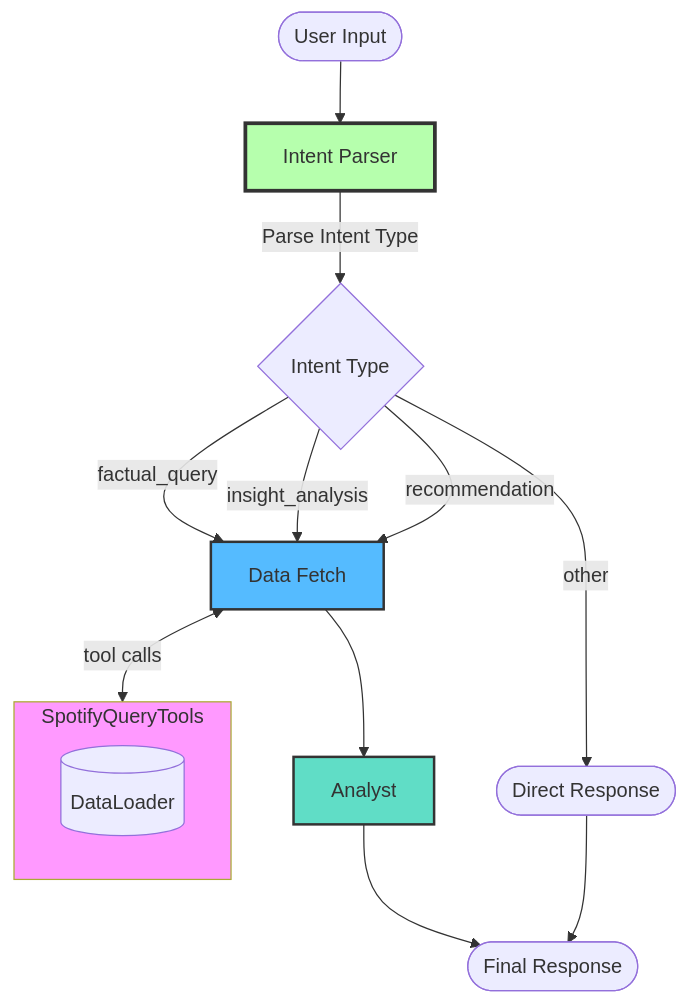
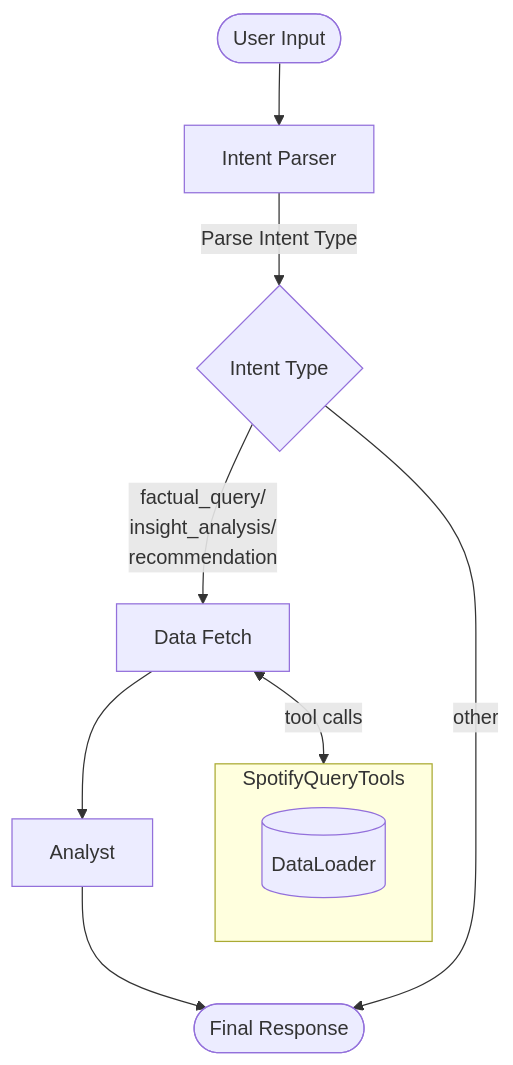
Before and after one commit to wcnoname5/spotify-ai-analytics: the second of 2 diagrams in README.md, drawn with Mermaid. The commit also changed other lines of this file and 7 other files, not shown here.

````diff
--- a/README.md
+++ b/README.md
@@ -73,22 +70,15 @@
 ```mermaid
 graph TD
     subgraph Tooling [SpotifyQueryTools]
         DL[(DataLoader)]
     end
 
     A([User Input]) --> Intent[Intent Parser]
     Intent -->|Parse Intent Type| C{Intent Type}
     D[Data Fetch] <-->|tool calls| Tooling
-    C -->|factual_query| D
-    C -->|insight_analysis| D
-    C -->|recommendation| D
-    C -->|other| E([Direct Response])
+
+    C -->|factual_query/<br>insight_analysis/<br>recommendation| D
+    C -->|other|G
     D --> F[Analyst]
     F --> G([Final Response])
-    E --> G
-
-style Intent fill: #7f68,stroke:#333,stroke-width:3px
-style D fill: #5bf,stroke:#333,stroke-width:2px
-style F fill: #1caa,stroke:#333,stroke-width:2px
-style Tooling fill: #f9f
 ```
````
